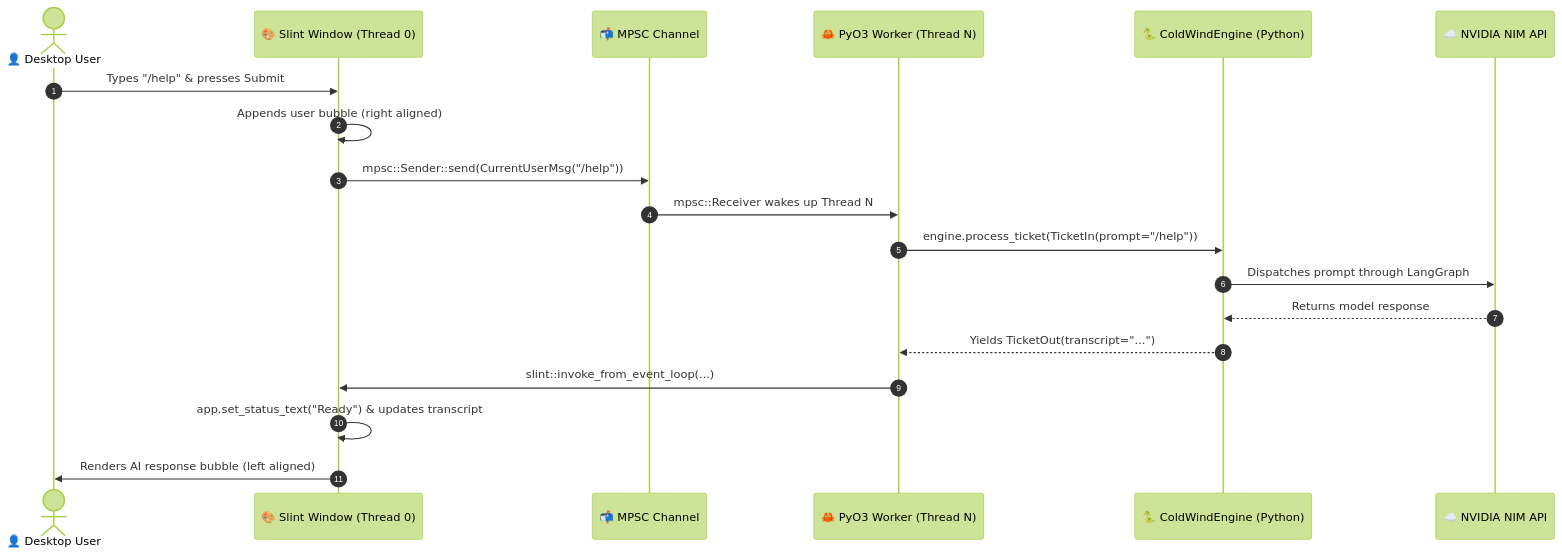
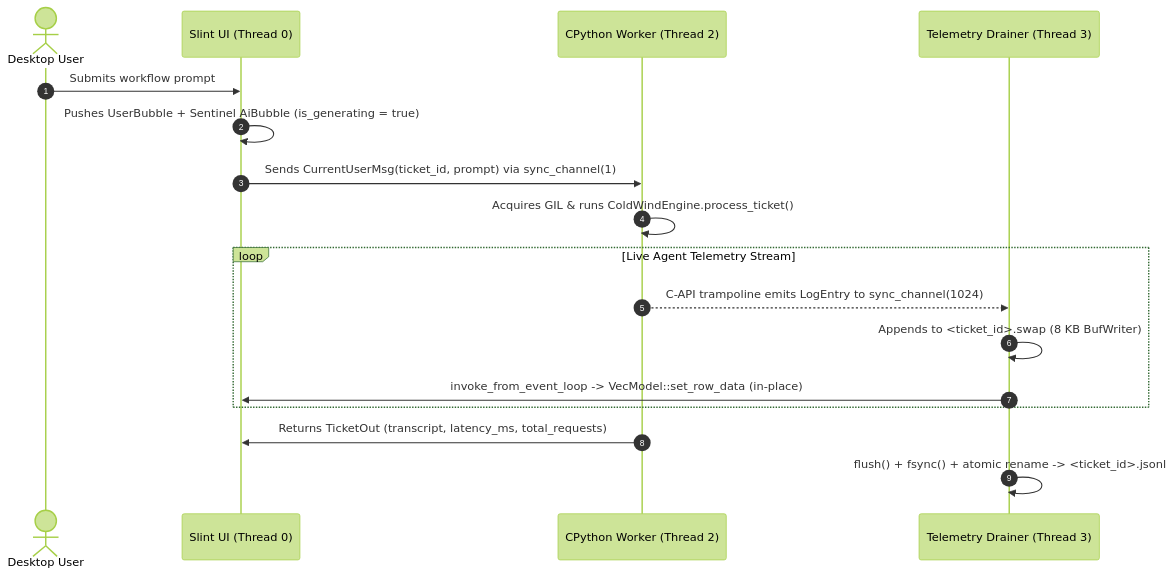
Before and after one commit to PIRATE-E/RUST_GUI-AI_TASK_WORKFLOW: the diagram in README.md, drawn with Mermaid (forest theme). The commit also changed other lines of this file and 5 other files, not shown here.

````diff
--- a/README.md
+++ b/README.md
@@ -374,22 +84,20 @@
 ```mermaid
 sequenceDiagram
     autonumber
-    actor User as 👤 Desktop User
-    participant UI as 🎨 Slint Window (Thread 0)
-    participant Channel as 📬 MPSC Channel
-    participant Worker as 🦀 PyO3 Worker (Thread N)
-    participant Engine as 🐍 ColdWindEngine (Python)
-    participant LLM as ☁️ NVIDIA NIM API
+    actor User as Desktop User
+    participant UI as Slint UI (Thread 0)
+    participant Py as CPython Worker (Thread 2)
+    participant Tel as Telemetry Drainer (Thread 3)
 
-    User->>UI: Types "/help" & presses Submit
-    UI->>UI: Appends user bubble (right aligned)
-    UI->>Channel: mpsc::Sender::send(CurrentUserMsg("/help"))
-    Channel->>Worker: mpsc::Receiver wakes up Thread N
-    Worker->>Engine: engine.process_ticket(TicketIn(prompt="/help"))
-    Engine->>LLM: Dispatches prompt through LangGraph
-    LLM-->>Engine: Returns model response
-    Engine-->>Worker: Yields TicketOut(transcript="...")
-    Worker->>UI: slint::invoke_from_event_loop(...)
-    UI->>UI: app.set_status_text("Ready") & updates transcript
-    UI->>User: Renders AI response bubble (left aligned)
+    User->>UI: Submits workflow prompt
+    UI->>UI: Pushes UserBubble + Sentinel AiBubble (is_generating = true)
+    UI->>Py: Sends CurrentUserMsg(ticket_id, prompt) via sync_channel(1)
+    Py->>Py: Acquires GIL & runs ColdWindEngine.process_ticket()
+    loop Live Agent Telemetry Stream
+        Py-->>Tel: C-API trampoline emits LogEntry to sync_channel(1024)
+        Tel->>Tel: Appends to <ticket_id>.swap (8 KB BufWriter)
+        Tel->>UI: invoke_from_event_loop -> VecModel::set_row_data (in-place)
+    end
+    Py->>UI: Returns TicketOut (transcript, latency_ms, total_requests)
+    Tel->>Tel: flush() + fsync() + atomic rename -> <ticket_id>.jsonl
 ```
````
